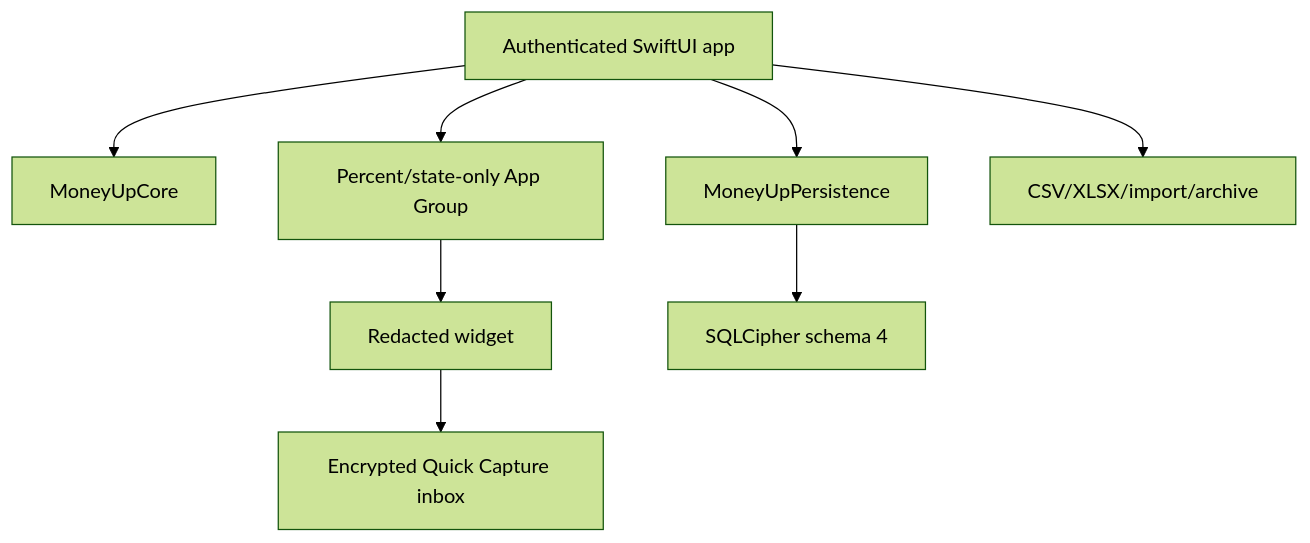
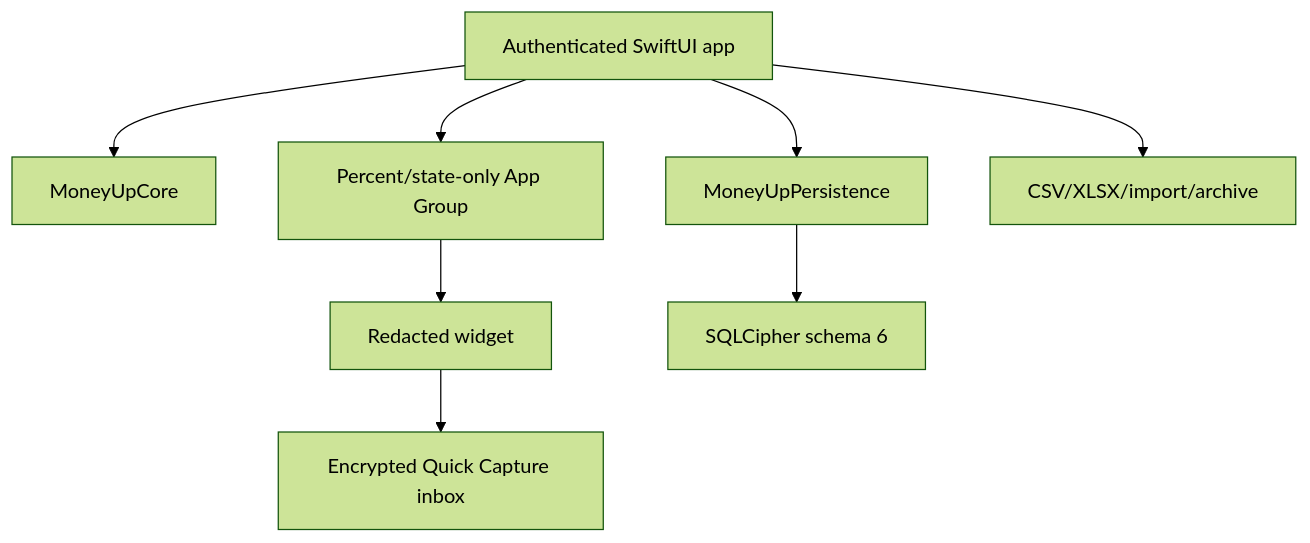
Before and after one commit to LaiWenKang/MoneyUp: the diagram in docs/ARCHITECTURE.md, drawn with Mermaid (forest theme). The commit also changed other lines of this file and 30 other files, not shown here.

````diff
--- a/docs/ARCHITECTURE.md
+++ b/docs/ARCHITECTURE.md
@@ -5,10 +5,10 @@
 ```mermaid
 flowchart TD
     Widget["Redacted widget"] --> Capture["Encrypted Quick Capture inbox"]
     App["Authenticated SwiftUI app"] --> Core["MoneyUpCore"]
     App --> Store["MoneyUpPersistence"]
-    Store --> Cipher["SQLCipher schema 4"]
+    Store --> Cipher["SQLCipher schema 6"]
     App --> Shared["Percent/state-only App Group"]
     Shared --> Widget
     App --> Files["CSV/XLSX/import/archive"]
 ```
````
